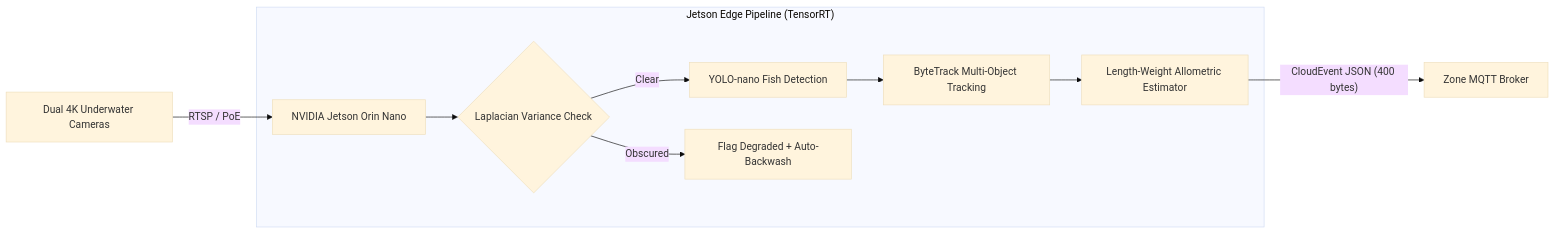
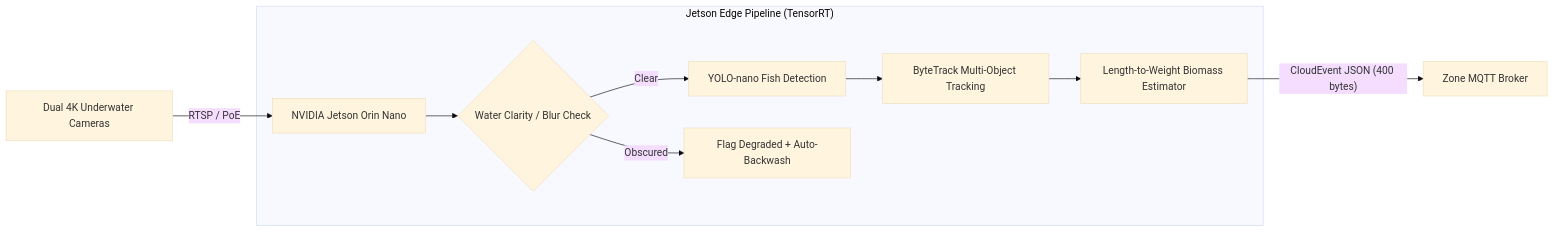
One commit to srihari-sridharan-tw/Titans-Arch-Kata-2026 changed the diagram in docs/adrs/ADR-009-edge-cv-for-piranha-biomass-estimation.md. Above: the diagram before and after it, drawn with Mermaid (base theme). The commit also changed other lines of this file and 27 other files, not shown here.

````diff
--- a/docs/adrs/ADR-009-edge-cv-for-piranha-biomass-estimation.md
+++ b/docs/adrs/ADR-009-edge-cv-for-piranha-biomass-estimation.md
@@ -30,12 +24,13 @@
 ```mermaid
 flowchart LR
     Cameras[Dual 4K Underwater Cameras] -->|RTSP / PoE| Jetson[NVIDIA Jetson Orin Nano]
     subgraph "Jetson Edge Pipeline (TensorRT)"
-        Jetson --> Turbidity{Laplacian Variance Check}
+        Jetson --> Turbidity{Water Clarity / Blur Check}
         Turbidity -- Clear --> YOLO[YOLO-nano Fish Detection]
         Turbidity -- Obscured --> Freeze[Flag Degraded + Auto-Backwash]
         YOLO --> Track[ByteTrack Multi-Object Tracking]
-        Track --> Biomass[Length-Weight Allometric Estimator]
+        Biomass[Length-to-Weight Biomass Estimator]
+        Track --> Biomass
     end
     Biomass -->|"CloudEvent JSON (400 bytes)"| ZoneBroker[Zone MQTT Broker]
 ```
````
